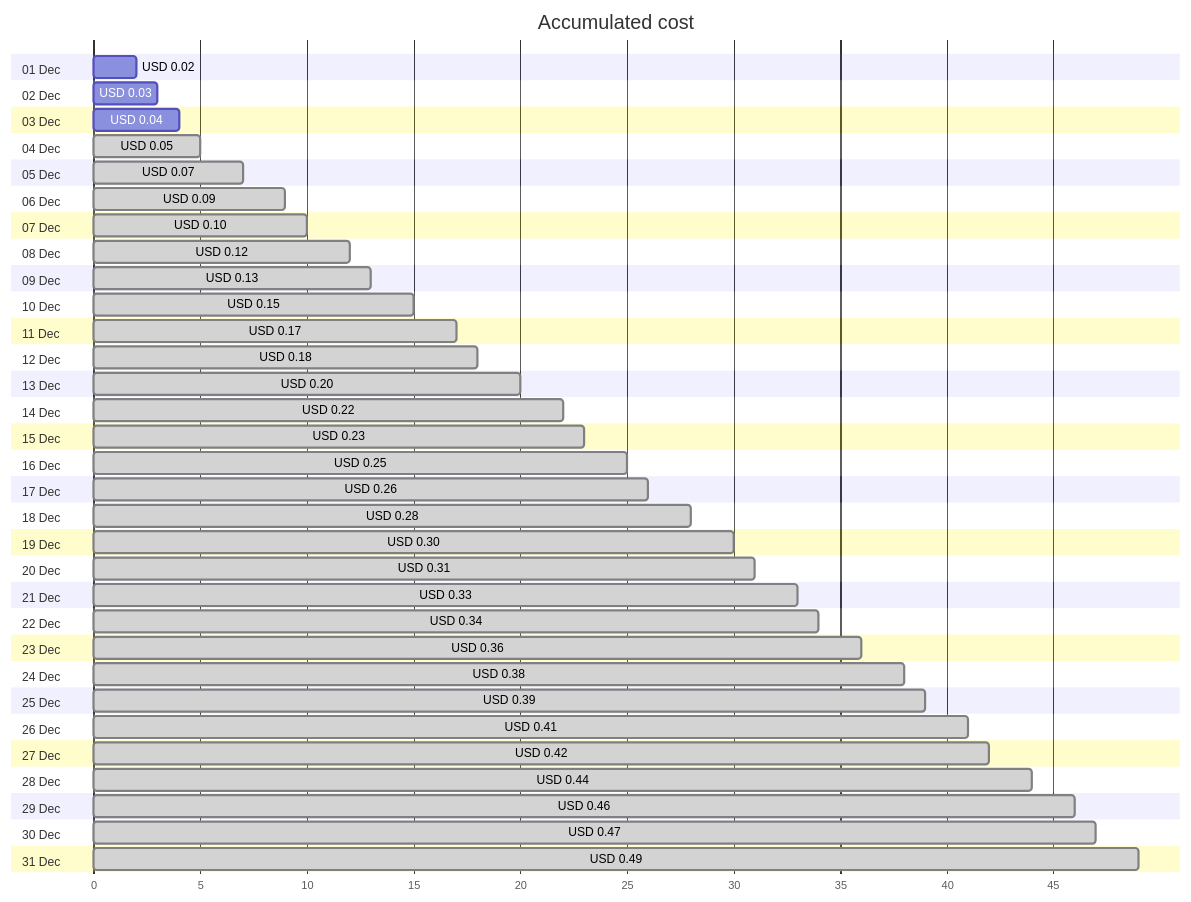
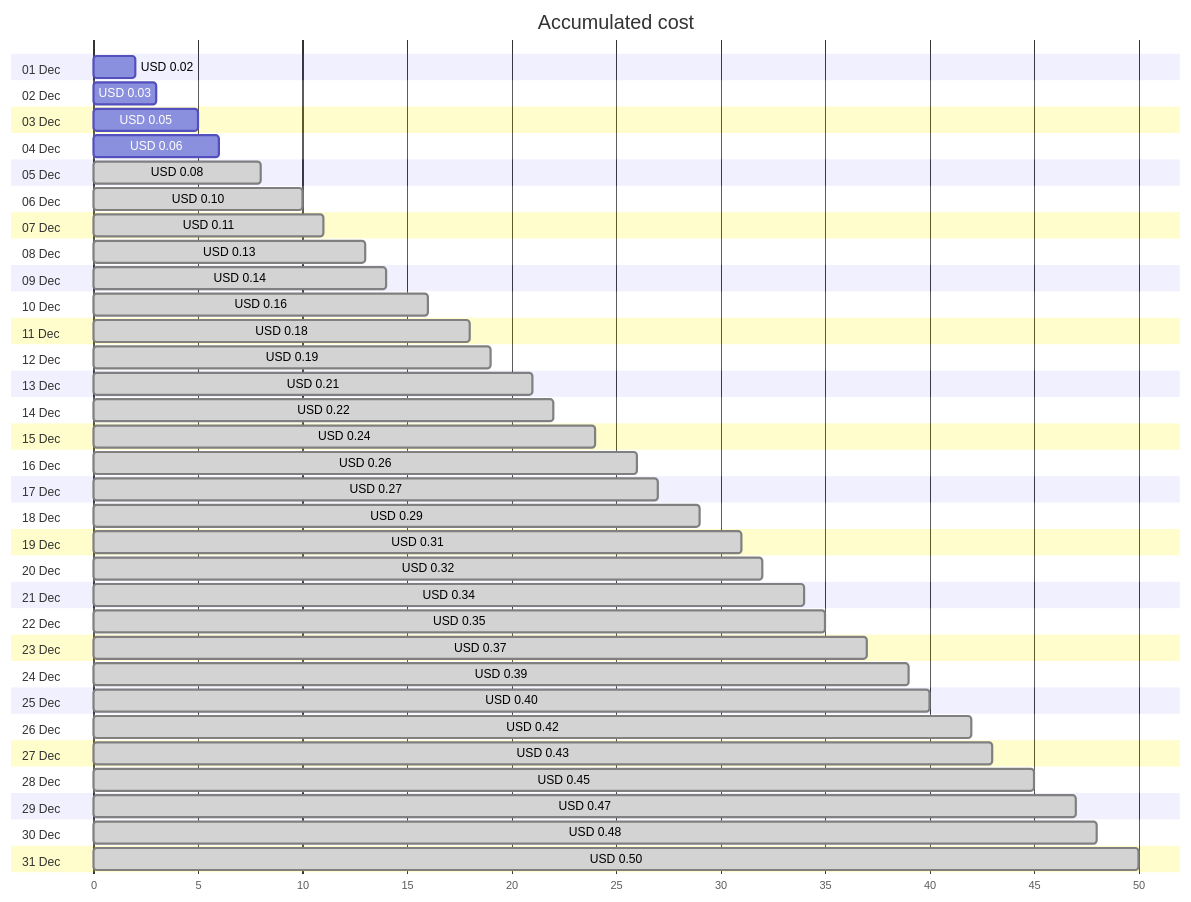
Before and after one commit to jpfulton/azure-personal-reports: the first of 4 diagrams in cost-reports/personal-network/private.jpatrickfulton.com.md, drawn with Mermaid. The commit also changed other lines of this file and 8 other files, not shown here.

````diff
--- a/cost-reports/personal-network/private.jpatrickfulton.com.md
+++ b/cost-reports/personal-network/private.jpatrickfulton.com.md
@@ -20,68 +20,68 @@
 ```mermaid
 gantt
    title Accumulated cost
    dateFormat  X
    axisFormat %s
    section 01 Dec
    USD 0.02 :0, 2
    section 02 Dec
    USD 0.03 :0, 3
    section 03 Dec
-   USD 0.04 :0, 4
+   USD 0.05 :0, 5
    section 04 Dec
-   USD 0.05 : done, 0, 5
+   USD 0.06 :0, 6
    section 05 Dec
-   USD 0.07 : done, 0, 7
+   USD 0.08 : done, 0, 8
    section 06 Dec
-   USD 0.09 : done, 0, 9
+   USD 0.10 : done, 0, 10
    section 07 Dec
-   USD 0.10 : done, 0, 10
+   USD 0.11 : done, 0, 11
    section 08 Dec
-   USD 0.12 : done, 0, 12
+   USD 0.13 : done, 0, 13
    section 09 Dec
-   USD 0.13 : done, 0, 13
+   USD 0.14 : done, 0, 14
    section 10 Dec
-   USD 0.15 : done, 0, 15
+   USD 0.16 : done, 0, 16
    section 11 Dec
-   USD 0.17 : done, 0, 17
+   USD 0.18 : done, 0, 18
    section 12 Dec
-   USD 0.18 : done, 0, 18
+   USD 0.19 : done, 0, 19
    section 13 Dec
-   USD 0.20 : done, 0, 20
+   USD 0.21 : done, 0, 21
    section 14 Dec
    USD 0.22 : done, 0, 22
    section 15 Dec
-   USD 0.23 : done, 0, 23
+   USD 0.24 : done, 0, 24
    section 16 Dec
-   USD 0.25 : done, 0, 25
+   USD 0.26 : done, 0, 26
    section 17 Dec
-   USD 0.26 : done, 0, 26
+   USD 0.27 : done, 0, 27
    section 18 Dec
-   USD 0.28 : done, 0, 28
+   USD 0.29 : done, 0, 29
    section 19 Dec
-   USD 0.30 : done, 0, 30
+   USD 0.31 : done, 0, 31
    section 20 Dec
-   USD 0.31 : done, 0, 31
+   USD 0.32 : done, 0, 32
    section 21 Dec
-   USD 0.33 : done, 0, 33
+   USD 0.34 : done, 0, 34
    section 22 Dec
-   USD 0.34 : done, 0, 34
+   USD 0.35 : done, 0, 35
    section 23 Dec
-   USD 0.36 : done, 0, 36
+   USD 0.37 : done, 0, 37
    section 24 Dec
-   USD 0.38 : done, 0, 38
+   USD 0.39 : done, 0, 39
    section 25 Dec
-   USD 0.39 : done, 0, 39
+   USD 0.40 : done, 0, 40
    section 26 Dec
-   USD 0.41 : done, 0, 41
+   USD 0.42 : done, 0, 42
    section 27 Dec
-   USD 0.42 : done, 0, 42
+   USD 0.43 : done, 0, 43
    section 28 Dec
-   USD 0.44 : done, 0, 44
+   USD 0.45 : done, 0, 45
    section 29 Dec
-   USD 0.46 : done, 0, 46
+   USD 0.47 : done, 0, 47
    section 30 Dec
-   USD 0.47 : done, 0, 47
+   USD 0.48 : done, 0, 48
    section 31 Dec
-   USD 0.49 : done, 0, 49
+   USD 0.50 : done, 0, 50
 ```
````
